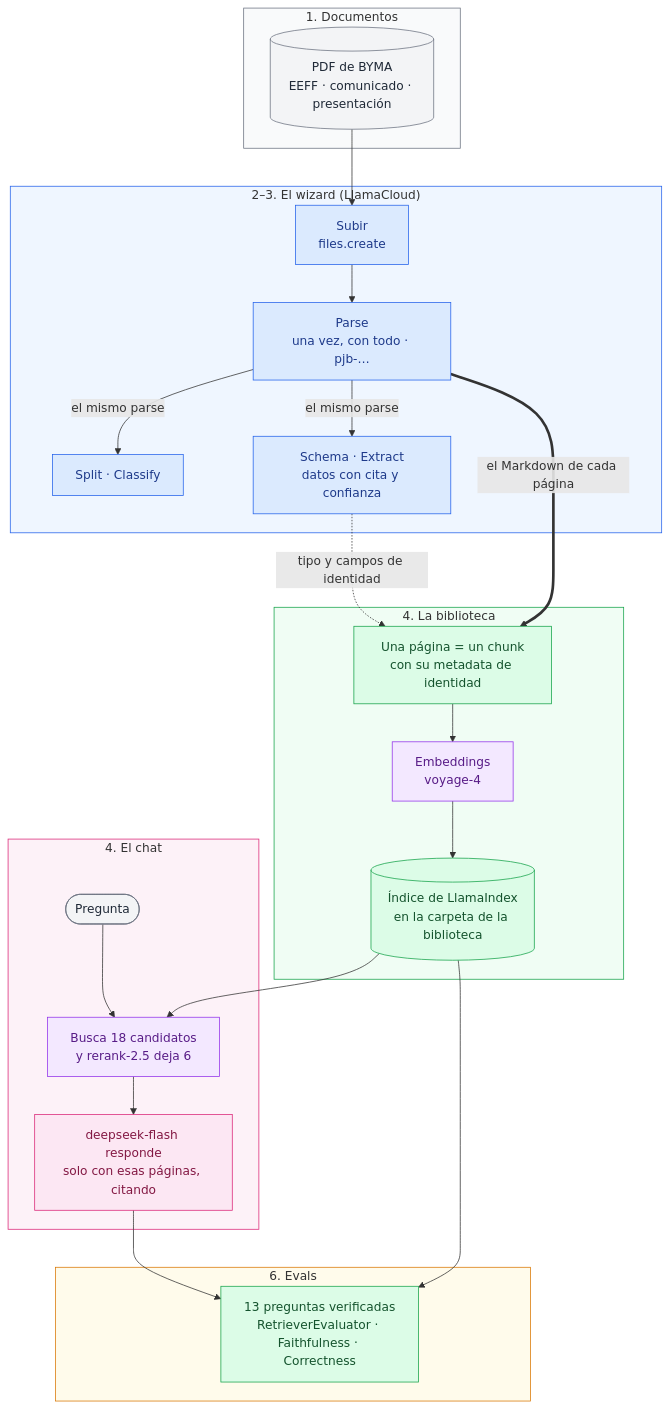
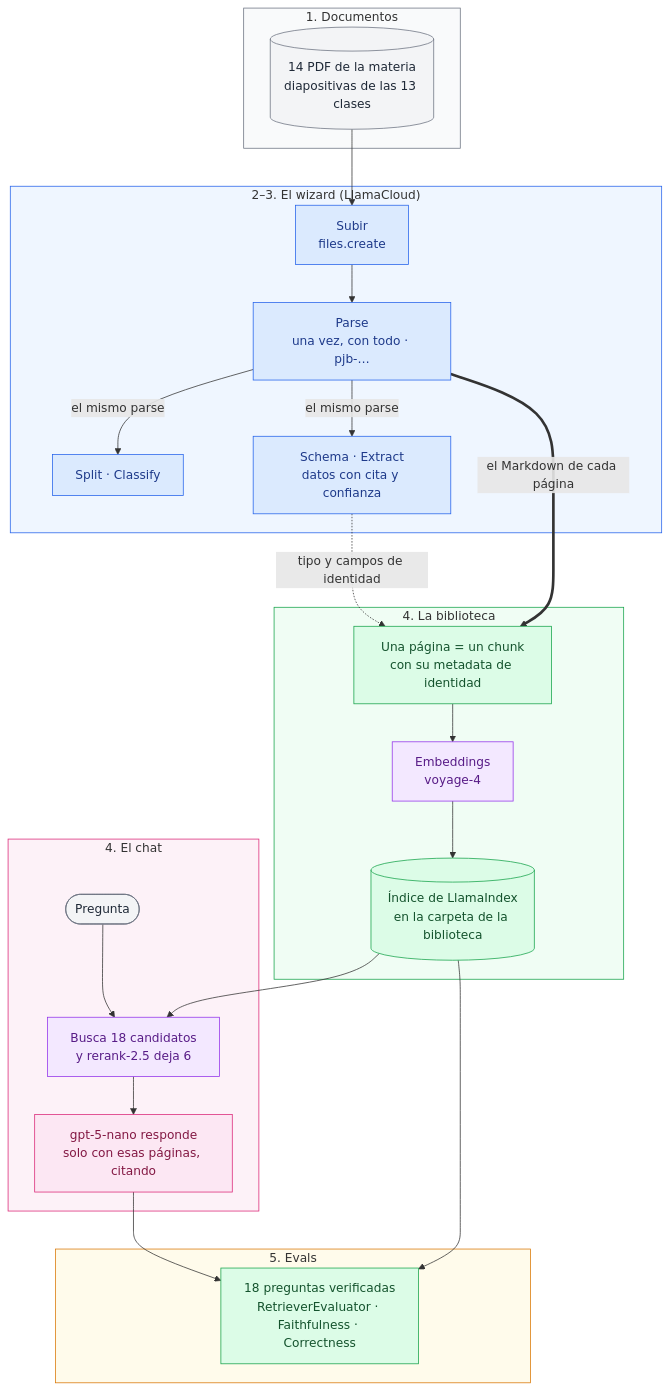
Before and after one commit to javi2481/parla-rag: the first of 6 diagrams in README.md, drawn with Mermaid. The commit also changed other lines of this file and 5 other files, not shown here.

````diff
--- a/README.md
+++ b/README.md
@@ -64,58 +63,58 @@
 ```mermaid
 flowchart TD
     subgraph S1["1. Documentos"]
-        A[("PDF de BYMA<br/>EEFF · comunicado · presentación")]
+        A[("14 PDF de la materia<br/>diapositivas de las 13 clases")]
     end
 
     subgraph S2["2–3. El wizard (LlamaCloud)"]
         B["Subir<br/>files.create"]
         C["Parse<br/>una vez, con todo · pjb-…"]
         D["Split · Classify"]
         E["Schema · Extract<br/>datos con cita y confianza"]
     end
 
     subgraph S3["4. La biblioteca"]
         F["Una página = un chunk<br/>con su metadata de identidad"]
         G["Embeddings<br/>voyage-4"]
         H[("Índice de LlamaIndex<br/>en la carpeta de la biblioteca")]
     end
 
     subgraph S4["4. El chat"]
         I(["Pregunta"])
         J["Busca 18 candidatos<br/>y rerank-2.5 deja 6"]
-        K["deepseek-flash responde<br/>solo con esas páginas, citando"]
+        K["gpt-5-nano responde<br/>solo con esas páginas, citando"]
     end
 
-    subgraph S5["6. Evals"]
-        L["13 preguntas verificadas<br/>RetrieverEvaluator · Faithfulness · Correctness"]
+    subgraph S5["5. Evals"]
+        L["18 preguntas verificadas<br/>RetrieverEvaluator · Faithfulness · Correctness"]
     end
 
     A --> B --> C
     C -->|"el mismo parse"| D
     C -->|"el mismo parse"| E
     C ==>|"el Markdown de cada página"| F
     E -.->|"tipo y campos de identidad"| F
     F --> G --> H
     I --> J
     H --> J --> K
     H --> L
     K --> L
 
     classDef nube fill:#dbeafe,stroke:#2563eb,color:#1e3a8a
     classDef llamaindex fill:#dcfce7,stroke:#16a34a,color:#14532d
     classDef voyage fill:#f3e8ff,stroke:#9333ea,color:#581c87
-    classDef deepseek fill:#fce7f3,stroke:#db2777,color:#831843
+    classDef openai fill:#fce7f3,stroke:#db2777,color:#831843
     classDef nuestro fill:#f3f4f6,stroke:#6b7280,color:#1f2937
 
     class A,I nuestro
     class B,C,D,E nube
     class F,H,L llamaindex
     class G,J voyage
-    class K deepseek
+    class K openai
 
     style S1 fill:#f9fafb,stroke:#6b7280
     style S2 fill:#eff6ff,stroke:#2563eb
     style S3 fill:#f0fdf4,stroke:#16a34a
     style S4 fill:#fdf2f8,stroke:#db2777
     style S5 fill:#fffbeb,stroke:#d97706
 ```
````
